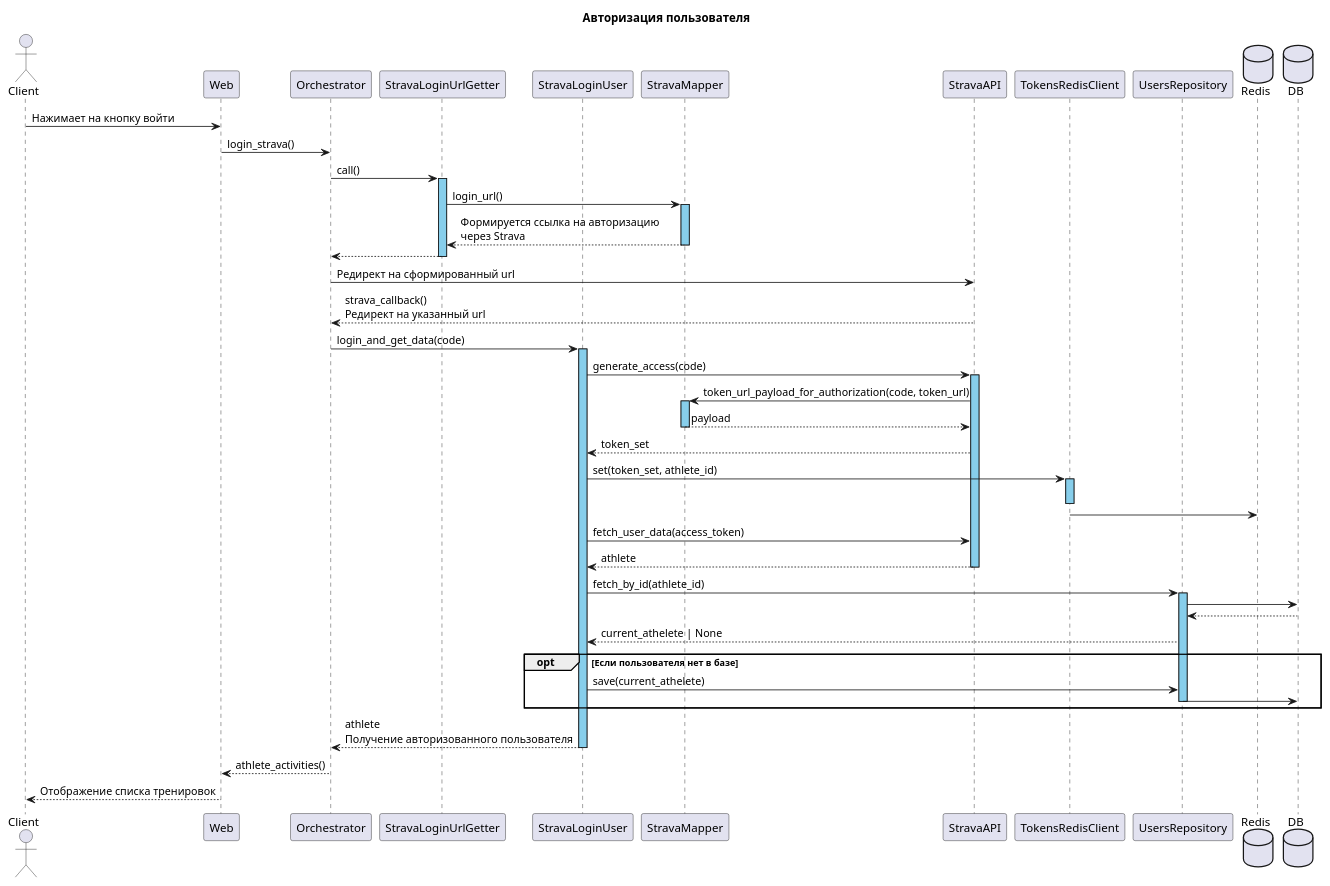
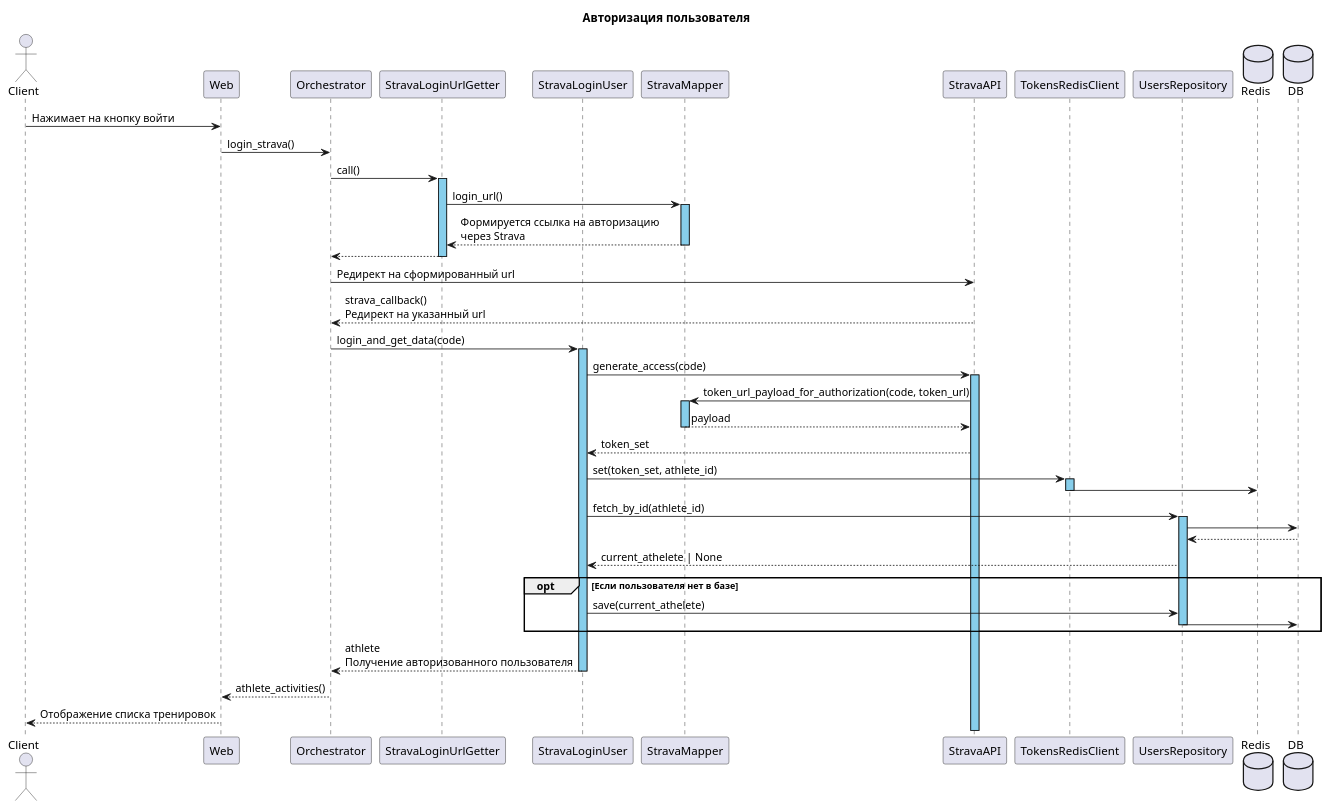
The diagram in diagrams/sequence_login.puml (VadimBarinov/strava-activity-ui), drawn with PlantUML before and after one commit. The commit also changed 7 other files, not shown here.

```diff
--- a/diagrams/sequence_login.puml
+++ b/diagrams/sequence_login.puml
@@ -1,54 +1,51 @@
 @startuml
 
 title Авторизация пользователя
 
 actor Client
 participant Web
 participant Orchestrator
 participant StravaLoginUrlGetter
 participant StravaLoginUser
 participant StravaMapper
 participant StravaAPI
 participant TokensRedisClient
 participant UsersRepository
 database Redis
 database DB 
 
 Client -> Web : Нажимает на кнопку войти
 Web -> Orchestrator : login_strava()
 
 Orchestrator -> StravaLoginUrlGetter ++ #SkyBlue : call()
 StravaLoginUrlGetter -> StravaMapper ++ #SkyBlue : login_url()
 StravaLoginUrlGetter <-- StravaMapper -- : Формируется ссылка на авторизацию \nчерез Strava
 Orchestrator <-- StravaLoginUrlGetter --
 
 Orchestrator -> StravaAPI : Редирект на сформированный url
 Orchestrator <-- StravaAPI : strava_callback() \nРедирект на указанный url
 
 Orchestrator -> StravaLoginUser ++ #SkyBlue : login_and_get_data(code)
 StravaLoginUser -> StravaAPI ++ #SkyBlue : generate_access(code)
 StravaAPI -> StravaMapper ++ #SkyBlue : token_url_payload_for_authorization(code, token_url)
 StravaAPI <-- StravaMapper -- : payload
 StravaLoginUser <-- StravaAPI : token_set
 
 StravaLoginUser -> TokensRedisClient ++ #SkyBlue : set(token_set, athlete_id)
-deactivate TokensRedisClient
-TokensRedisClient -> Redis
-StravaLoginUser -> StravaAPI : fetch_user_data(access_token)
-StravaLoginUser <-- StravaAPI -- : athlete
+TokensRedisClient -> Redis --
 StravaLoginUser -> UsersRepository ++ #SkyBlue : fetch_by_id(athlete_id)
 UsersRepository -> DB
 UsersRepository <-- DB
 StravaLoginUser <-- UsersRepository : current_athelete | None
 
 opt Если пользователя нет в базе
     StravaLoginUser -> UsersRepository : save(current_athelete)
     UsersRepository -> DB
     deactivate UsersRepository
 end
 
 Orchestrator <-- StravaLoginUser -- : athlete \nПолучение авторизованного пользователя
 Web <-- Orchestrator : athlete_activities()
 Client <-- Web : Отображение списка тренировок
 
 @enduml
```
